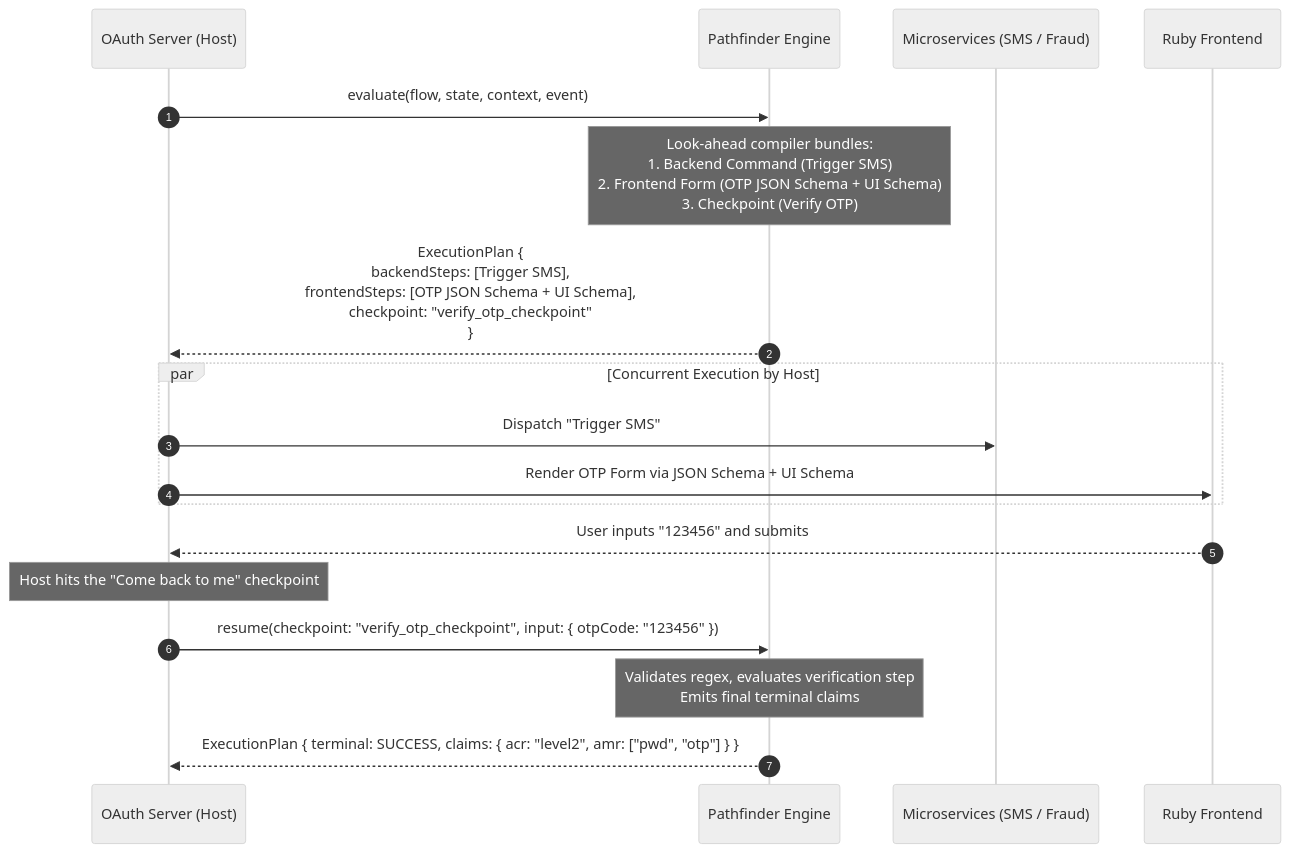
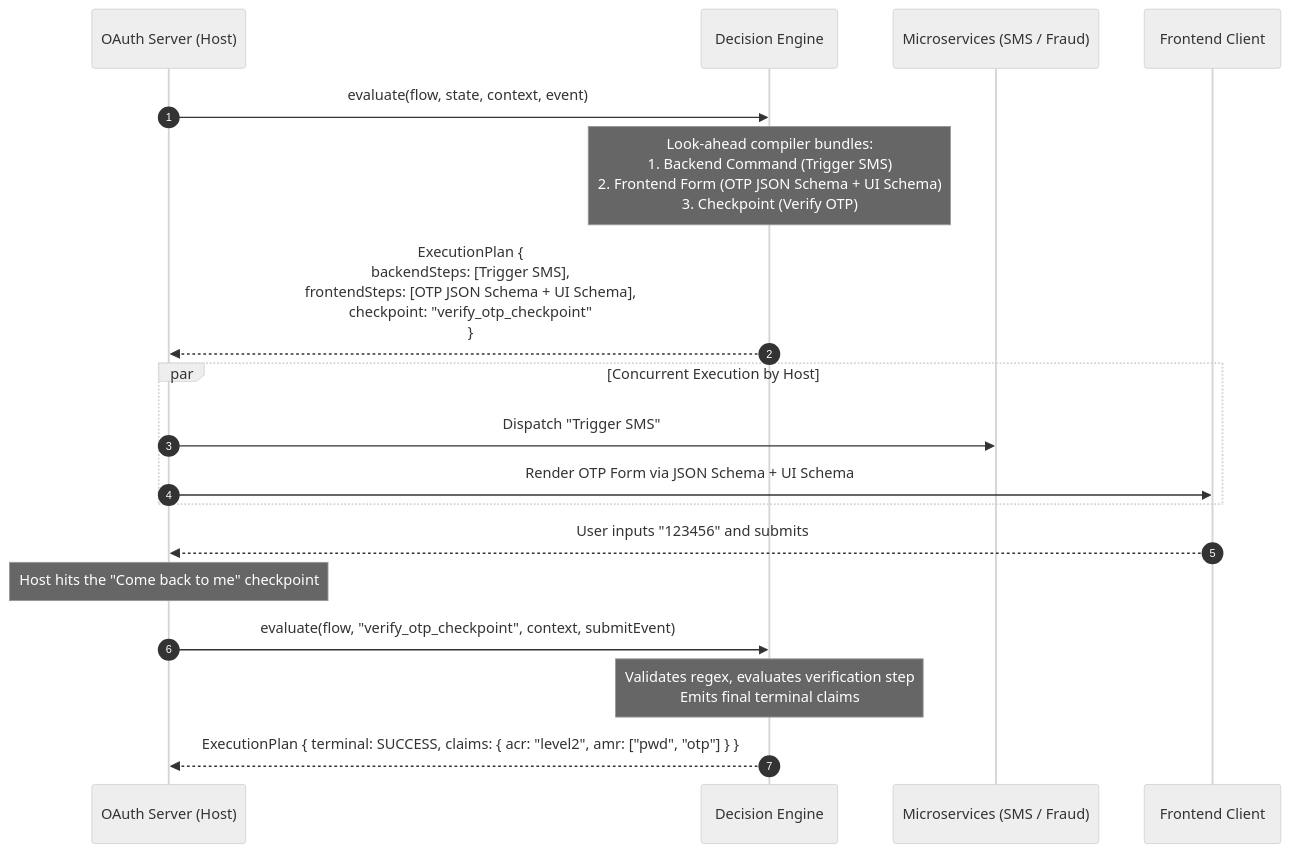
One commit to shoeyn/oauth-decision changed the first of 2 diagrams in README.md. Above: the diagram before and after it, drawn with Mermaid (neutral theme). The commit also changed other lines of this file and 20 other files, not shown here.

````diff
--- a/README.md
+++ b/README.md
@@ -18,23 +26,23 @@
 ```mermaid
 sequenceDiagram
     autonumber
     participant Host as OAuth Server (Host)
-    participant Engine as Pathfinder Engine
+    participant Engine as Decision Engine
     participant Ext as Microservices (SMS / Fraud)
-    participant RubyUI as Ruby Frontend
+    participant UI as Frontend Client
 
     Host->>Engine: evaluate(flow, state, context, event)
     Note over Engine: Look-ahead compiler bundles:<br/>1. Backend Command (Trigger SMS)<br/>2. Frontend Form (OTP JSON Schema + UI Schema)<br/>3. Checkpoint (Verify OTP)
     Engine-->>Host: ExecutionPlan {<br/>  backendSteps: [Trigger SMS],<br/>  frontendSteps: [OTP JSON Schema + UI Schema],<br/>  checkpoint: "verify_otp_checkpoint"<br/>}
     
     par Concurrent Execution by Host
         Host->>Ext: Dispatch "Trigger SMS"
-        Host->>RubyUI: Render OTP Form via JSON Schema + UI Schema
+        Host->>UI: Render OTP Form via JSON Schema + UI Schema
     end
 
-    RubyUI-->>Host: User inputs "123456" and submits
+    UI-->>Host: User inputs "123456" and submits
     Note over Host: Host hits the "Come back to me" checkpoint
-    Host->>Engine: resume(checkpoint: "verify_otp_checkpoint", input: { otpCode: "123456" })
+    Host->>Engine: evaluate(flow, "verify_otp_checkpoint", context, submitEvent)
     Note over Engine: Validates regex, evaluates verification step<br/>Emits final terminal claims
     Engine-->>Host: ExecutionPlan { terminal: SUCCESS, claims: { acr: "level2", amr: ["pwd", "otp"] } }
 ```
````
